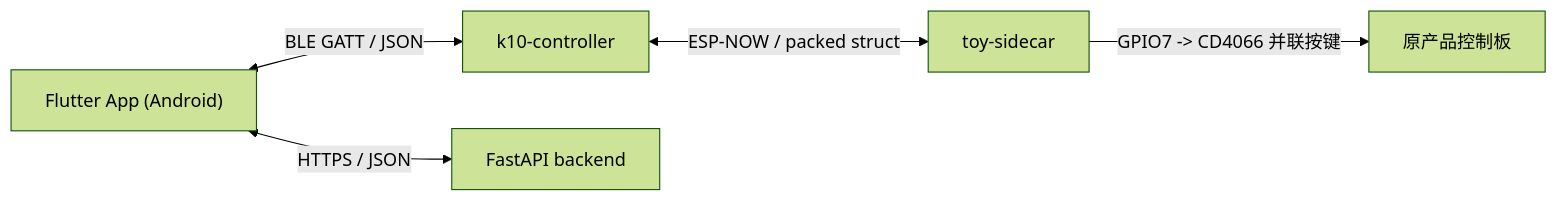
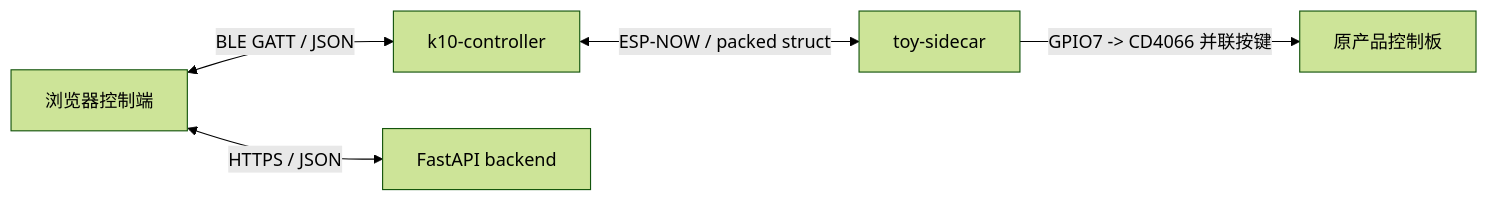
One commit to Binomial-distribution/nascent changed the diagram in protocol/README.md. Above: the diagram before and after it, drawn with Mermaid (forest theme). The commit also changed other lines of this file and 54 other files, not shown here.

````diff
--- a/protocol/README.md
+++ b/protocol/README.md
@@ -29,12 +29,12 @@
 ```mermaid
 flowchart LR
-  Phone["Flutter App (Android)"]
+  Phone["浏览器控制端"]
   K10["k10-controller"]
   Toy["toy-sidecar"]
   Board["原产品控制板"]
   Cloud["FastAPI backend"]
   Phone <-->|"BLE GATT / JSON"| K10
   K10 <-->|"ESP-NOW / packed struct"| Toy
   Toy -->|"GPIO7 -> CD4066 并联按键"| Board
   Phone <-->|"HTTPS / JSON"| Cloud
 ```
````
